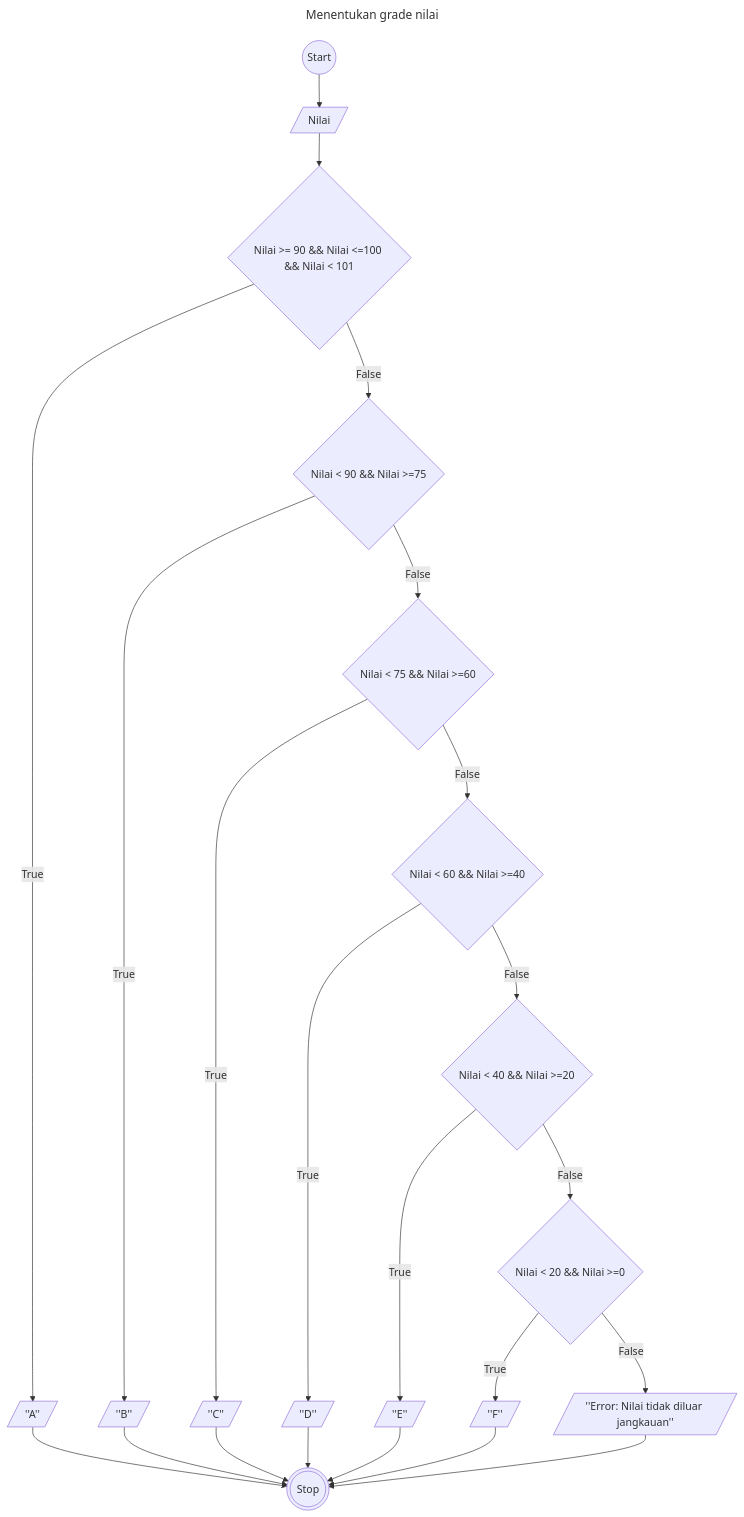
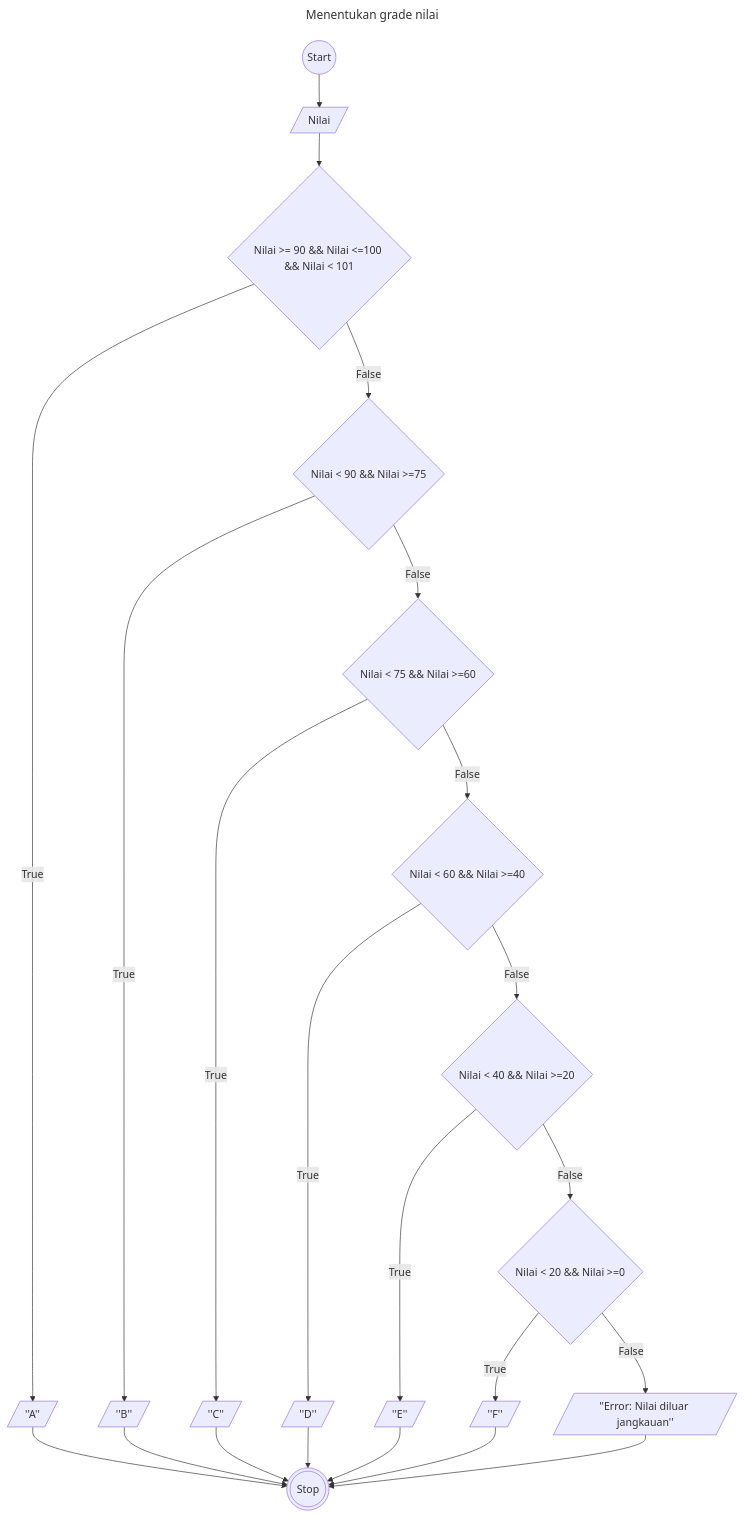
One commit to ItsnaMaulanaHasan/koda-b4-algoritma changed the diagram in minitask9-flowchart.md. Above: the diagram before and after it, drawn with Mermaid.

````diff
--- a/minitask9-flowchart.md
+++ b/minitask9-flowchart.md
@@ -3,31 +3,31 @@
 ```mermaid
 ---
     title: Menentukan grade nilai
 ---
 flowchart TD
     id1((Start))
     id2[/Nilai/]
     id1 --> id2
     id3{Nilai >= 90 && Nilai <=100 && Nilai < 101}
     id4{Nilai < 90 && Nilai >=75}
     id5{Nilai < 75 && Nilai >=60}
     id6{Nilai < 60 && Nilai >=40}
     id7{Nilai < 40 && Nilai >=20}
     id8{Nilai < 20 && Nilai >=0}
     id2 --> id3
     id3 -- False --> id4
     id4 -- False --> id5
     id5 -- False --> id6
     id6 -- False --> id7
     id7 -- False --> id8
-    id8 -- False --> id9[/''Error: Nilai tidak diluar jangkauan''/]
+    id8 -- False --> id9[/''Error: Nilai diluar jangkauan''/]
     id3 -- True --> id10[/''A''/] --> id16
     id4 -- True --> id11[/''B''/] --> id16
     id5 -- True --> id12[/''C''/] --> id16
     id6 -- True --> id13[/''D''/] --> id16
     id7 -- True --> id14[/''E''/] --> id16
     id8 -- True --> id15[/''F''/] --> id16
     id9 --> id16
     id16(((Stop)))
     
 ```
````
